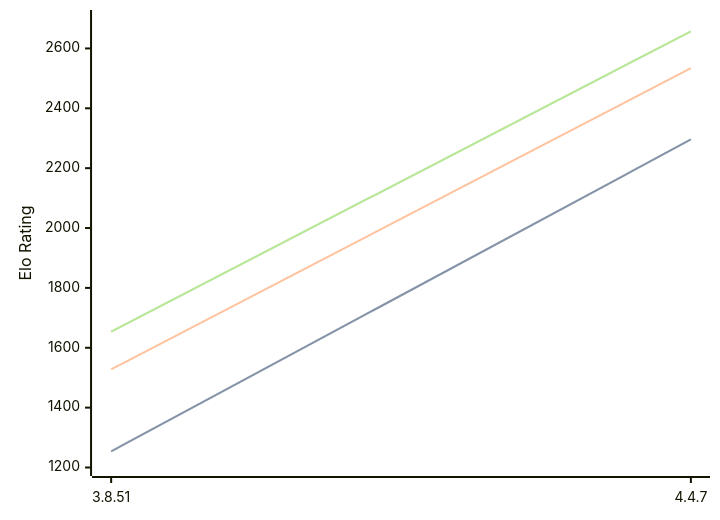
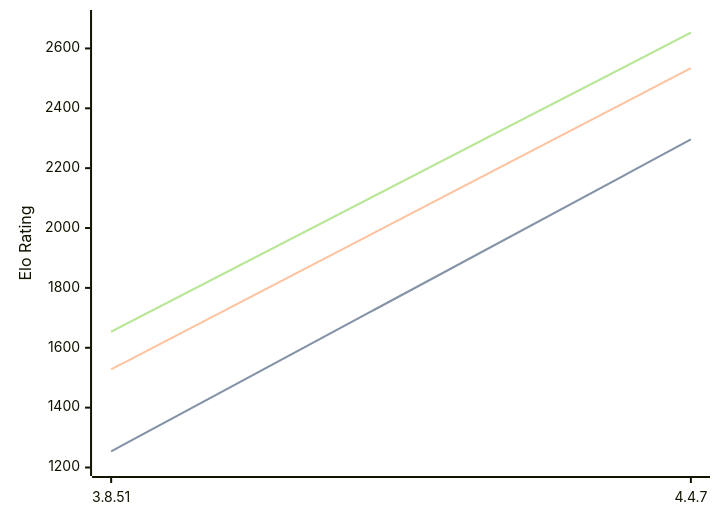
The diagram in engines/Scoria.md (computer-chess-index/cci), drawn with Mermaid before and after one commit. The commit also changed other lines of this file, not shown here.

Commit message:
Update CCI Ratings (ELO VLTC) - 2026-09-30

````diff
--- a/engines/Scoria.md
+++ b/engines/Scoria.md
@@ -32,11 +32,11 @@
 ```mermaid
 %%{init: {"theme":"base","themeVariables":{"seriesColors:['#a3a3a3','#222221','#faa371']}}}%%
 xychart-beta
   x-axis ["3.8.51", "4.4.7"]
   y-axis "Elo Rating" 1200 --> 2700
   line "" [1254, 2296]
   line "STC (8.0+0.08s)" [1254, 2296]
   line "LTC (60.0+0.60s)" [1528, 2534]
-  line "" [1654, 2657]
-  line "VLTC (2m24s+1.12s)" [1654, 2657]
+  line "" [1654, 2653]
+  line "VLTC (2m24s+1.12s)" [1654, 2653]
 ```
````
